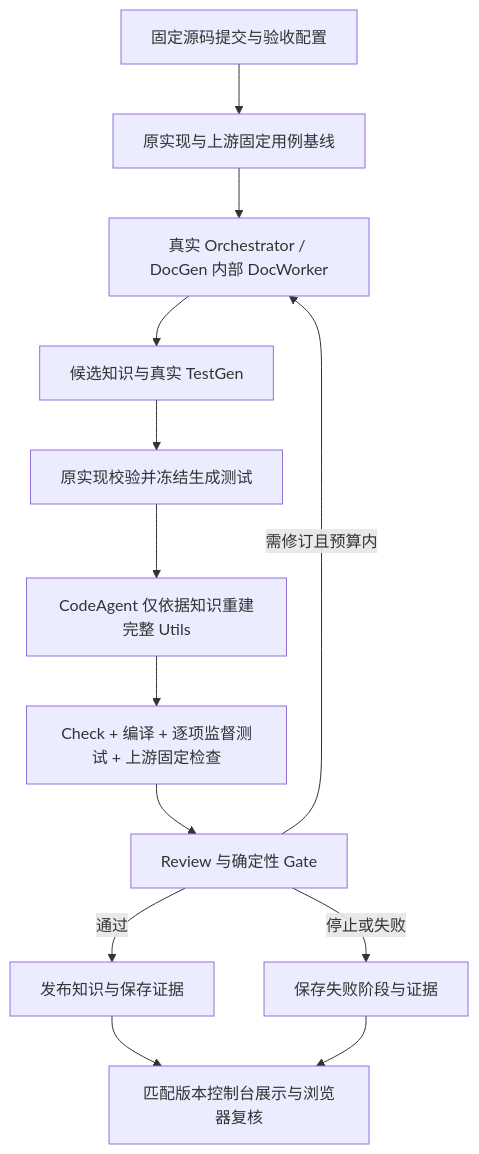
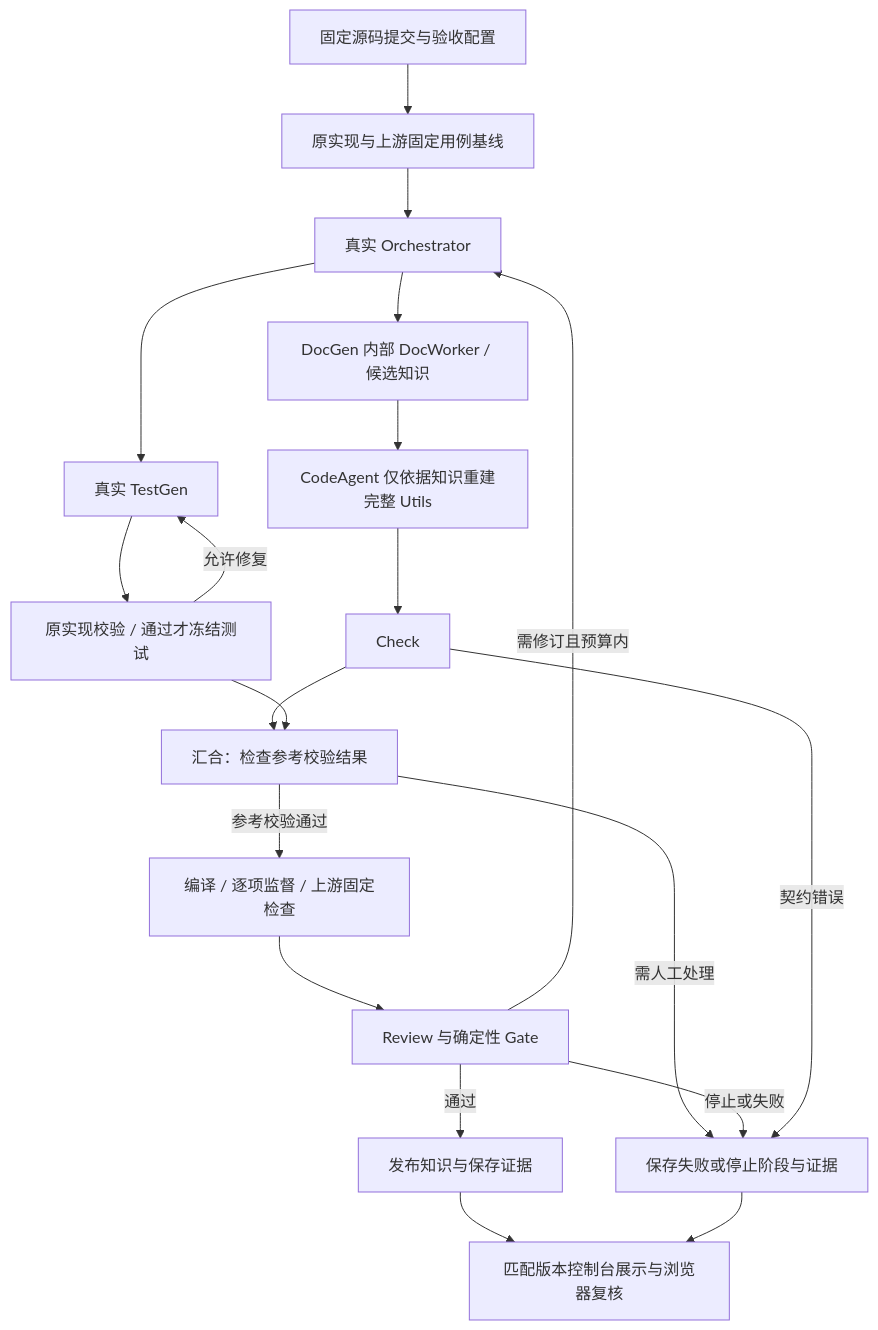
The diagram in docs/specs/infrastructure/evaluation/Evaluation.md (linlisWorkTeam/domain-knowledge), drawn with Mermaid before and after one commit. The commit also changed other lines of this file and 4 other files, not shown here.

````diff
--- a/docs/specs/infrastructure/evaluation/Evaluation.md
+++ b/docs/specs/infrastructure/evaluation/Evaluation.md
@@ -68,15 +68,22 @@
 ```mermaid
 flowchart TD
   A[固定源码提交与验收配置] --> B[原实现与上游固定用例基线]
-  B --> C[真实 Orchestrator / DocGen 内部 DocWorker]
-  C --> D[候选知识与真实 TestGen]
-  D --> E[原实现校验并冻结生成测试]
-  E --> F[CodeAgent 仅依据知识重建完整 Utils]
-  F --> G[Check + 编译 + 逐项监督测试 + 上游固定检查]
-  G --> H[Review 与确定性 Gate]
-  H -->|需修订且预算内| C
+  B --> O[真实 Orchestrator]
+  O --> C[DocGen 内部 DocWorker / 候选知识]
+  O --> D[真实 TestGen]
+  D --> E[原实现校验 / 通过才冻结测试]
+  E -->|允许修复| D
+  C --> F[CodeAgent 仅依据知识重建完整 Utils]
+  F --> Q[Check]
+  Q --> G[汇合：检查参考校验结果]
+  E --> G
+  G -->|参考校验通过| T[编译 / 逐项监督 / 上游固定检查]
+  G -->|需人工处理| J[保存失败或停止阶段与证据]
+  T --> H[Review 与确定性 Gate]
+  H -->|需修订且预算内| O
   H -->|通过| I[发布知识与保存证据]
-  H -->|停止或失败| J[保存失败阶段与证据]
+  H -->|停止或失败| J
+  Q -->|契约错误| J
   I --> K[匹配版本控制台展示与浏览器复核]
   J --> K
 ```
````
